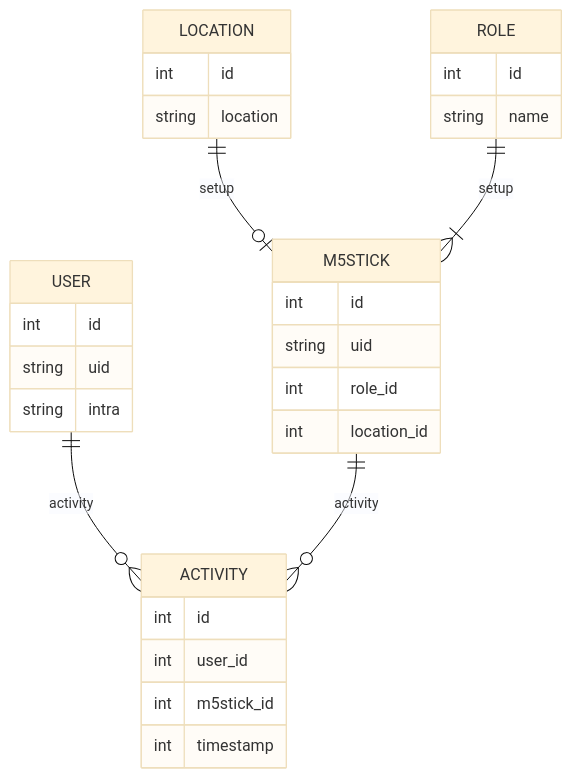
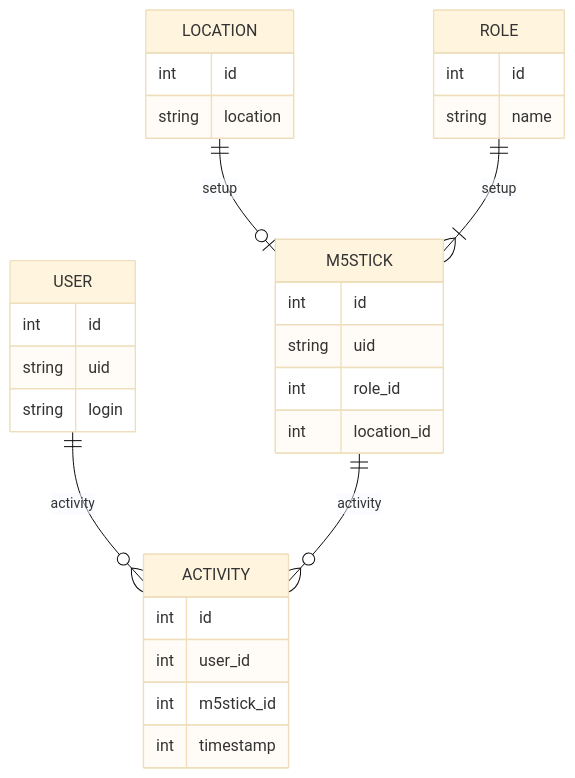
The diagram in doc/er/tables.md (42association/42ActivityAPI), drawn with Mermaid (base theme) before and after one commit.

Commit message:
Change intra to login

````diff
--- a/doc/er/tables.md
+++ b/doc/er/tables.md
@@ -3,37 +3,37 @@
 ```mermaid
 erDiagram
 
     USER ||--o{ ACTIVITY : activity
     USER {
         int id
         string uid
-        string intra
+        string login
     }
 
     LOCATION ||--o| M5STICK : setup
     LOCATION {
         int id
         string location
     }
 
     ROLE ||--|{ M5STICK : setup
     ROLE {
         int id
         string name
     }
 
     M5STICK ||--o{ ACTIVITY : activity
     M5STICK {
         int id
         string uid
         int role_id
         int location_id
     }
 
     ACTIVITY {
         int id
         int user_id
         int m5stick_id
         int timestamp
     }
 ```
````
